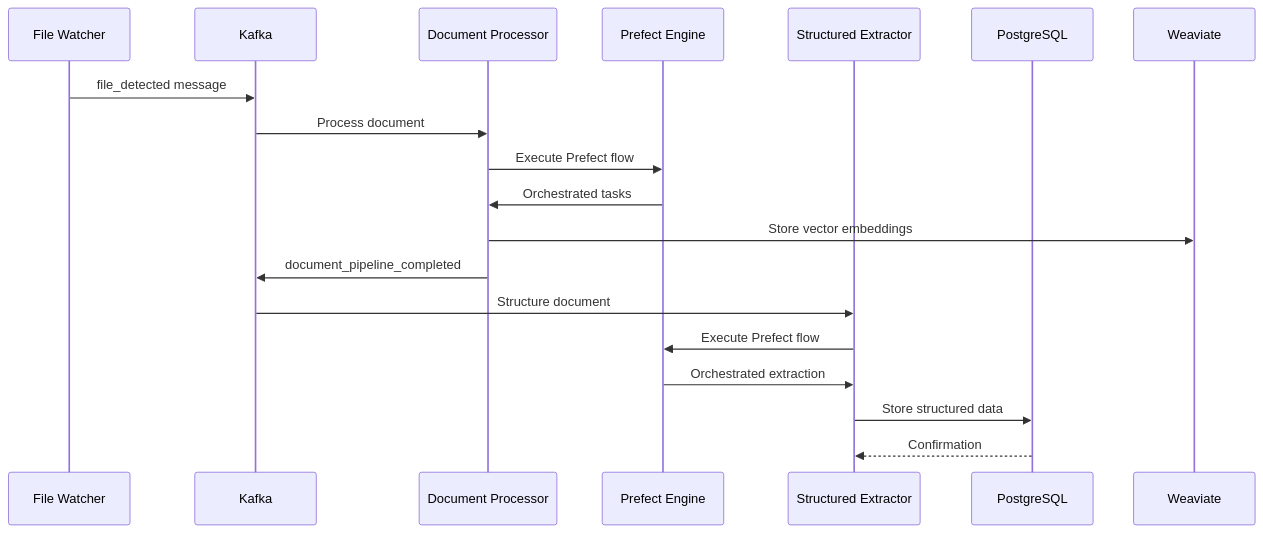
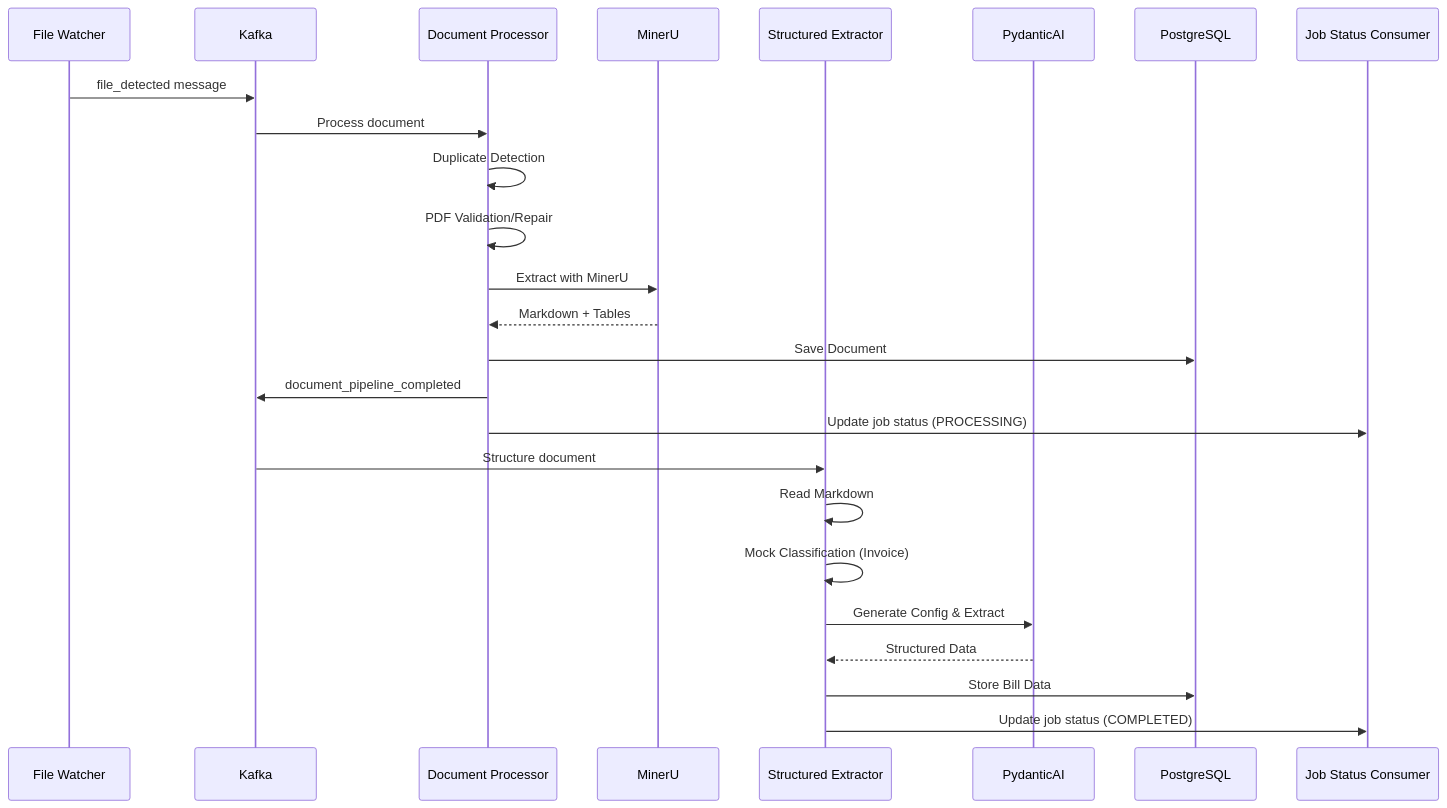
Before and after one commit to h19overflow/scaled_processing: the second of 9 diagrams in README.md, drawn with Mermaid. The commit also changed other lines of this file, not shown here.

First line of the commit message:
docs(README): update system overview and architecture details

````diff
--- a/README.md
+++ b/README.md
@@ -79,22 +76,29 @@
 ```mermaid
 sequenceDiagram
     participant FW as File Watcher
     participant K as Kafka
     participant DP as Document Processor
-    participant P as Prefect Engine
+    participant MU as MinerU
     participant SE as Structured Extractor
+    participant PAI as PydanticAI
     participant PG as PostgreSQL
-    participant WV as Weaviate
+    participant JS as Job Status Consumer
 
     FW->>K: file_detected message
     K->>DP: Process document
-    DP->>P: Execute Prefect flow
-    P->>DP: Orchestrated tasks
-    DP->>WV: Store vector embeddings
+    DP->>DP: Duplicate Detection
+    DP->>DP: PDF Validation/Repair
+    DP->>MU: Extract with MinerU
+    MU-->>DP: Markdown + Tables
+    DP->>PG: Save Document
     DP->>K: document_pipeline_completed
+    DP->>JS: Update job status (PROCESSING)
+    
     K->>SE: Structure document
-    SE->>P: Execute Prefect flow
-    P->>SE: Orchestrated extraction
-    SE->>PG: Store structured data
-    PG-->>SE: Confirmation
+    SE->>SE: Read Markdown
+    SE->>SE: Mock Classification (Invoice)
+    SE->>PAI: Generate Config & Extract
+    PAI-->>SE: Structured Data
+    SE->>PG: Store Bill Data
+    SE->>JS: Update job status (COMPLETED)
 ```
````
